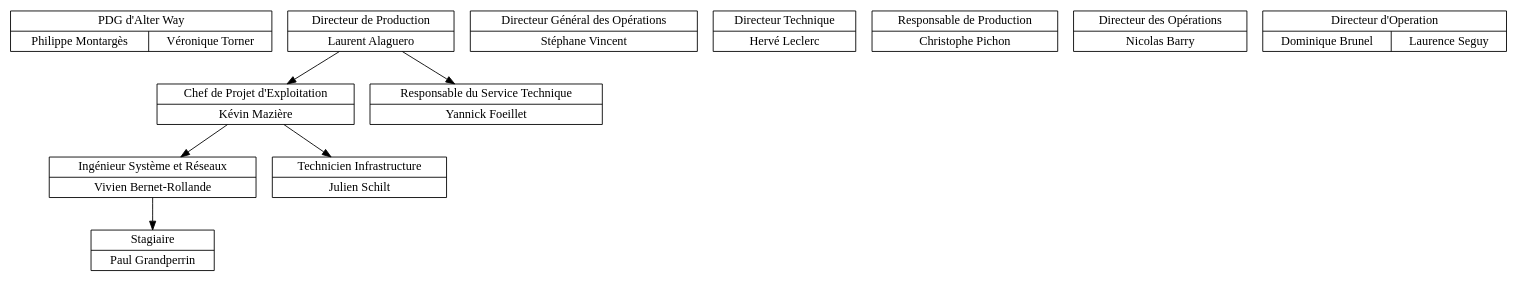
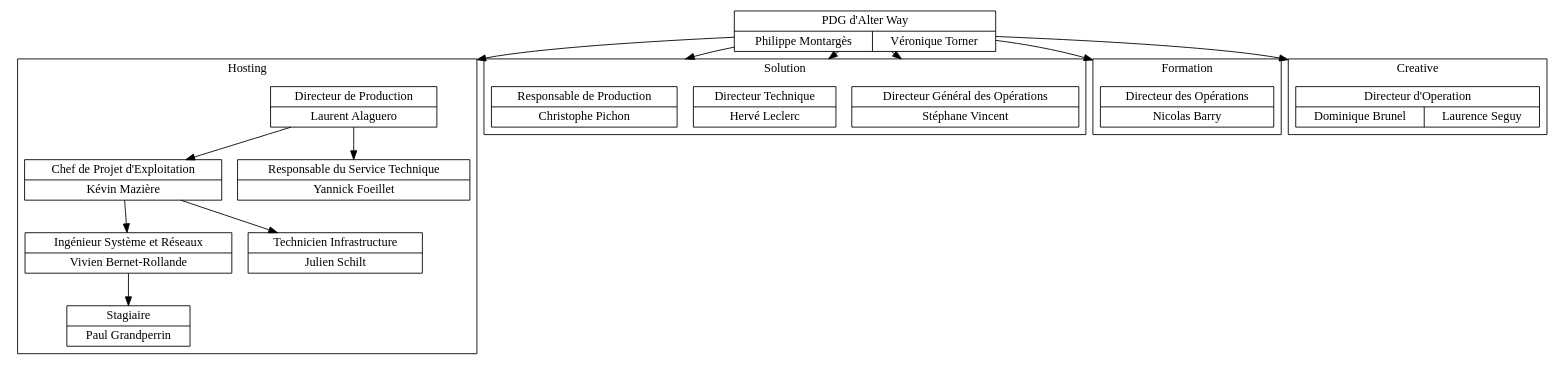
Before and after one commit to PaulGrandperrin/memoire-utc-tn9: the diagram in resource/graph/hier.dot, drawn with Graphviz. The commit also changed 1 other file, not shown here.

```diff
--- a/resource/graph/hier.dot
+++ b/resource/graph/hier.dot
@@ -1,42 +1,61 @@
 digraph G
 {
   compound=true;
   node [shape = record,height=0.1];
   pdg[label="{<f>PDG d'Alter Way |{<pm> Philippe Montargès|<vt> Véronique Torner}}"];
   la[headport=n,label="{<f>Directeur de Production| <nom> Laurent Alaguero}"];
   sv[label="{<f>Directeur Général des Opérations|<nom>Stéphane Vincent}"];
   hl[label="{<f>Directeur Technique|<nom>Hervé Leclerc}"];
   cp[label="{<f>Responsable de Production|<nom>Christophe Pichon}"];
   nb[label="{<f>Directeur des Opérations|<nom>Nicolas Barry}"];
   dbls[label="{<f>Directeur d'Operation|{<db>Dominique Brunel|<ls>Laurence Seguy}}"];
   km[label="{<f>Chef de Projet d'Exploitation|<nom>Kévin Mazière}"];
   yf[label="{<f>Responsable du Service Technique|<nom>Yannick Foeillet}"];
   vbr[label="{<f>Ingénieur Système et Réseaux|<nom>Vivien Bernet-Rollande}"];
   js[label="{<f>Technicien Infrastructure|<nom>Julien Schilt}"];
   pg[label="{<f>Stagiaire|<nom>Paul Grandperrin}"];
   
- /* pdg -> la;
-  pdg -> sv;
-  pdg -> hl;
-  pdg -> cp;
-  pdg -> nb;
-  pdg -> dbls;
+  pdg -> la[lhead=cluster0];
+  pdg -> sv[lhead=cluster1];
+  pdg -> hl[lhead=cluster1];
+  pdg -> cp[lhead=cluster1];
+  pdg -> nb[lhead=cluster3];
+  pdg -> dbls[lhead=cluster2];
   la -> km;
   la -> yf;
   km -> vbr;
   km -> js;
   vbr -> pg;
-*/ 
-  subgraph AWH
+
+  subgraph cluster0
   {
     label="Hosting";
-    la->km;
-    la->yf;
-    km->vbr;
-    km->js;
-    vbr->pg;
+    la;
+		yf;
+    km;
+		js;
+    vbr;
+		pg;
   };
-  subgraph AWS {label="Solution"; sv; hl; cp;};
-  subgraph AWC {label="Creative"; dbls};
-  subgraph AWF {label="Formation"; nb;};
+
+  subgraph cluster1
+	{
+		label="Solution";
+		sv;
+		hl;
+		cp;
+	};
+
+  subgraph cluster2
+	{
+		label="Creative";
+		dbls
+	};
+	
+  subgraph cluster3
+	{
+		label="Formation";
+		nb;
+	};
+
 }
```
